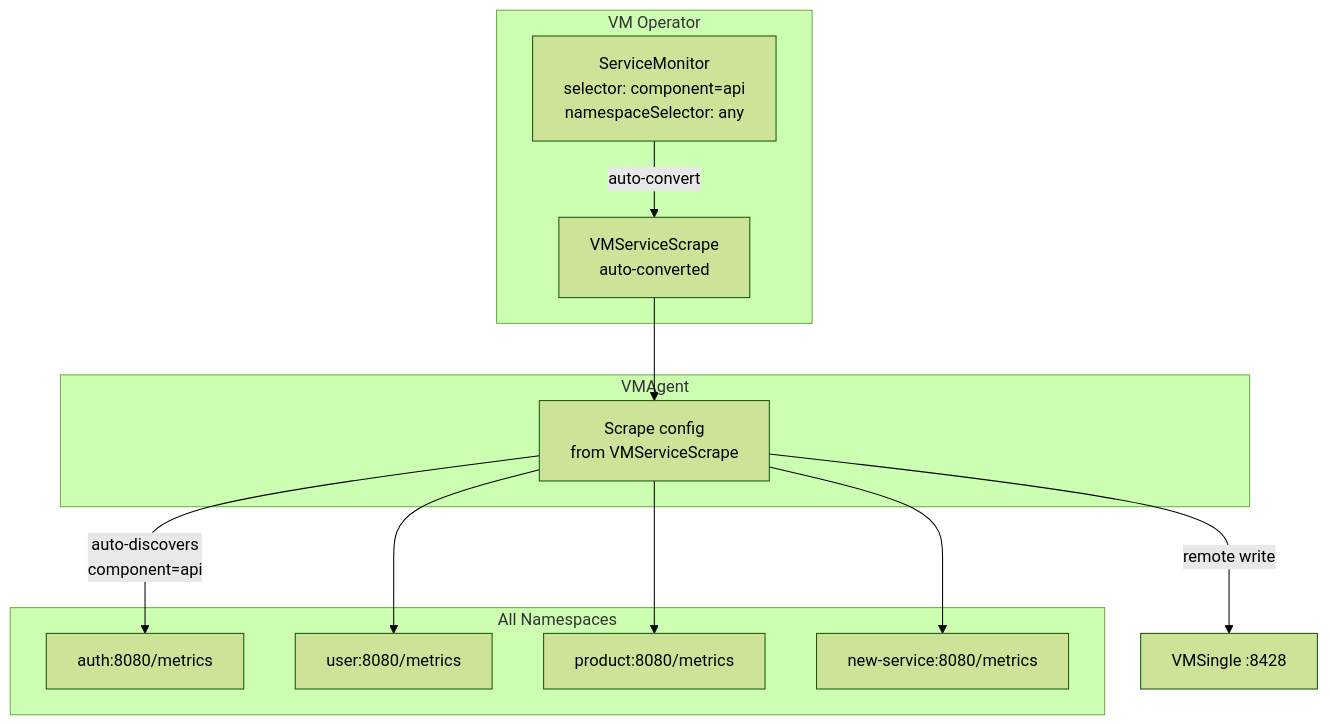
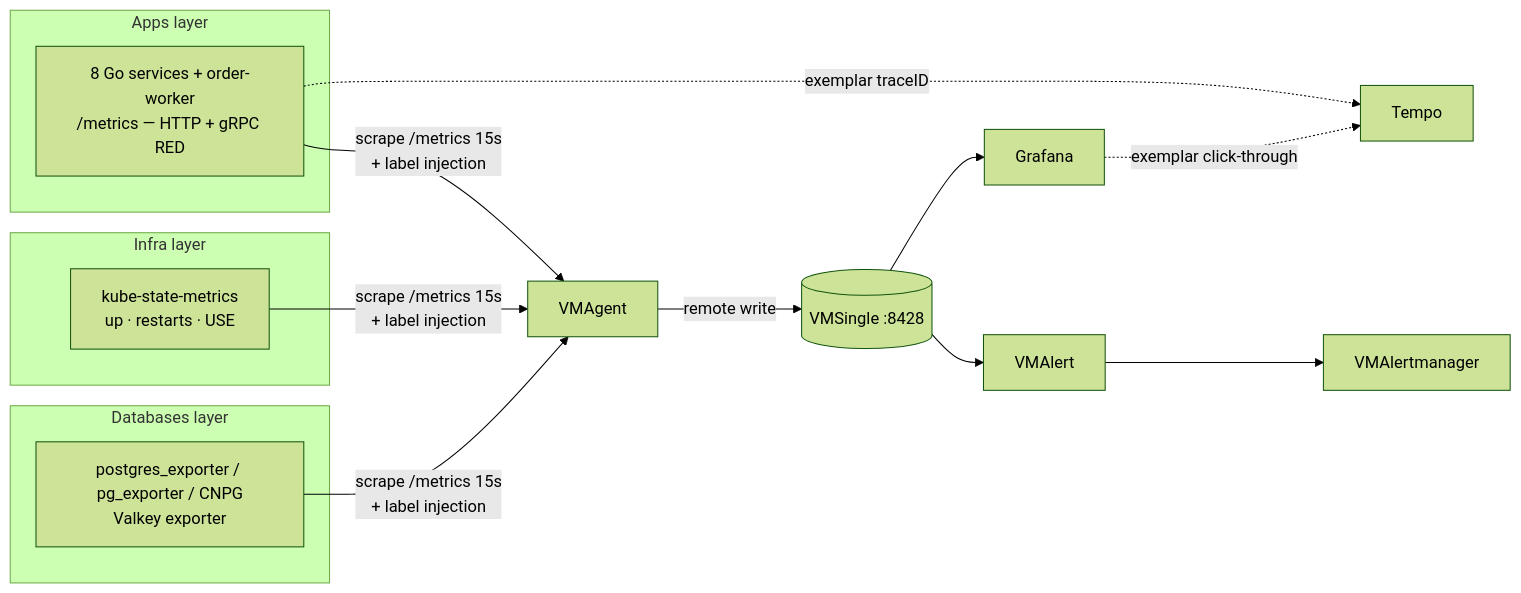
Before and after one commit to duynhlab/homelab: the second of 2 diagrams in docs/observability/metrics/README.md, drawn with Mermaid (forest theme). The commit also changed other lines of this file and 10 other files, not shown here.

First line of the commit message:
Refactor metrics docs into hub + per-layer set (#383)

````diff
--- a/docs/observability/metrics/README.md
+++ b/docs/observability/metrics/README.md
@@ -202,28 +87,19 @@
 ```mermaid
-flowchart TD
-    subgraph vmOperator ["VM Operator"]
-        ServiceMonitor["ServiceMonitor\nselector: component=api\nnamespaceSelector: any"]
-        VMServiceScrape["VMServiceScrape\nauto-converted"]
-        ServiceMonitor -->|"auto-convert"| VMServiceScrape
+flowchart LR
+    subgraph apps["Apps layer"]
+        SVC["8 Go services + order-worker<br/>/metrics — HTTP + gRPC RED"]
+    end
+    subgraph infra["Infra layer"]
+        KSM["kube-state-metrics<br/>up · restarts · USE"]
+    end
+    subgraph db["Databases layer"]
+        PGE["postgres_exporter / pg_exporter / CNPG<br/>Valkey exporter"]
     end
 
-    subgraph vmAgent ["VMAgent"]
-        Scraper["Scrape config\nfrom VMServiceScrape"]
-    end
-
-    subgraph namespaces ["All Namespaces"]
-        AuthService["auth:8080/metrics"]
-        UserService["user:8080/metrics"]
-        ProductService["product:8080/metrics"]
-        NewService["new-service:8080/metrics"]
-    end
-
-    VMSingle["VMSingle :8428"]
-
-    VMServiceScrape --> Scraper
-    Scraper -->|"auto-discovers\ncomponent=api"| AuthService
-    Scraper --> UserService
-    Scraper --> ProductService
-    Scraper --> NewService
-    Scraper -->|"remote write"| VMSingle
+    SVC & KSM & PGE -->|"scrape /metrics 15s<br/>+ label injection"| VMA["VMAgent"]
+    VMA -->|remote write| VMS[("VMSingle :8428")]
+    VMS --> GRAF["Grafana"]
+    VMS --> VMAL["VMAlert"] --> AM["VMAlertmanager"]
+    SVC -. "exemplar traceID" .-> TEMPO["Tempo"]
+    GRAF -. "exemplar click-through" .-> TEMPO
 ```
````
